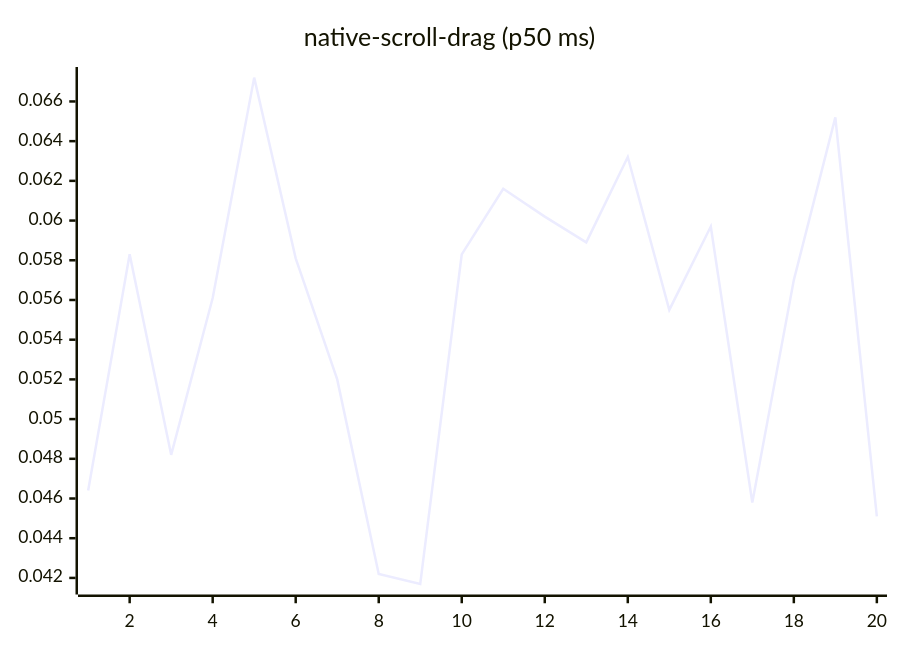
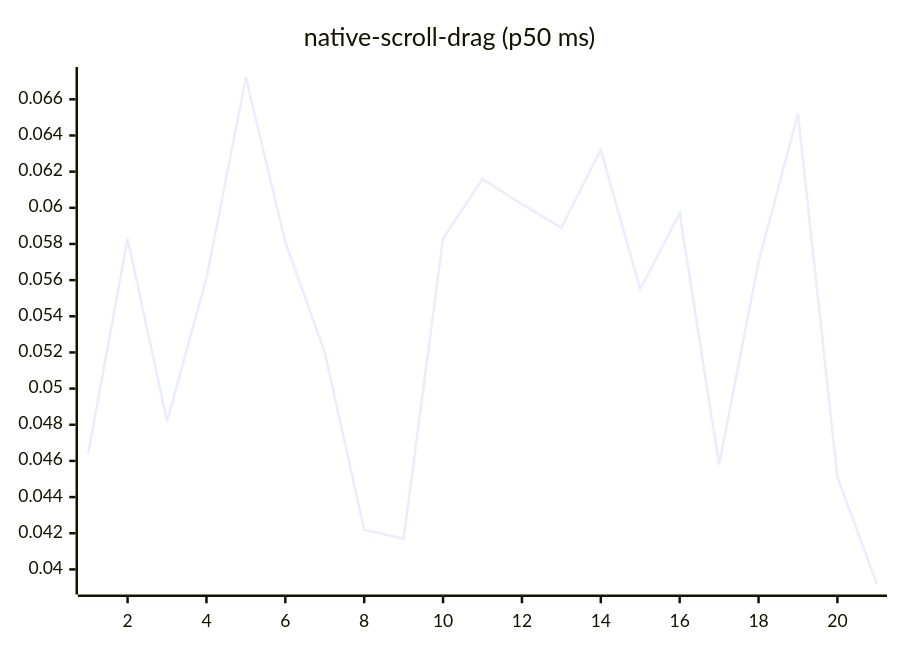
One commit to josha/Facet changed diagram 14 of 27 in README.md. Above: the diagram before and after it, drawn with Mermaid. The commit also changed other lines of this file and 2 other files, not shown here.

````diff
--- a/README.md
+++ b/README.md
@@ -154,6 +154,6 @@
 ```mermaid
 xychart-beta
     title "native-scroll-drag (p50 ms)"
-    x-axis 1 --> 20
-    line [0.0464, 0.0583, 0.0482, 0.0561, 0.0672, 0.0581, 0.0520, 0.0422, 0.0417, 0.0583, 0.0616, 0.0602, 0.0589, 0.0632, 0.0555, 0.0597, 0.0458, 0.0570, 0.0652, 0.0451]
+    x-axis 1 --> 21
+    line [0.0464, 0.0583, 0.0482, 0.0561, 0.0672, 0.0581, 0.0520, 0.0422, 0.0417, 0.0583, 0.0616, 0.0602, 0.0589, 0.0632, 0.0555, 0.0597, 0.0458, 0.0570, 0.0652, 0.0451, 0.0392]
 ```
````
